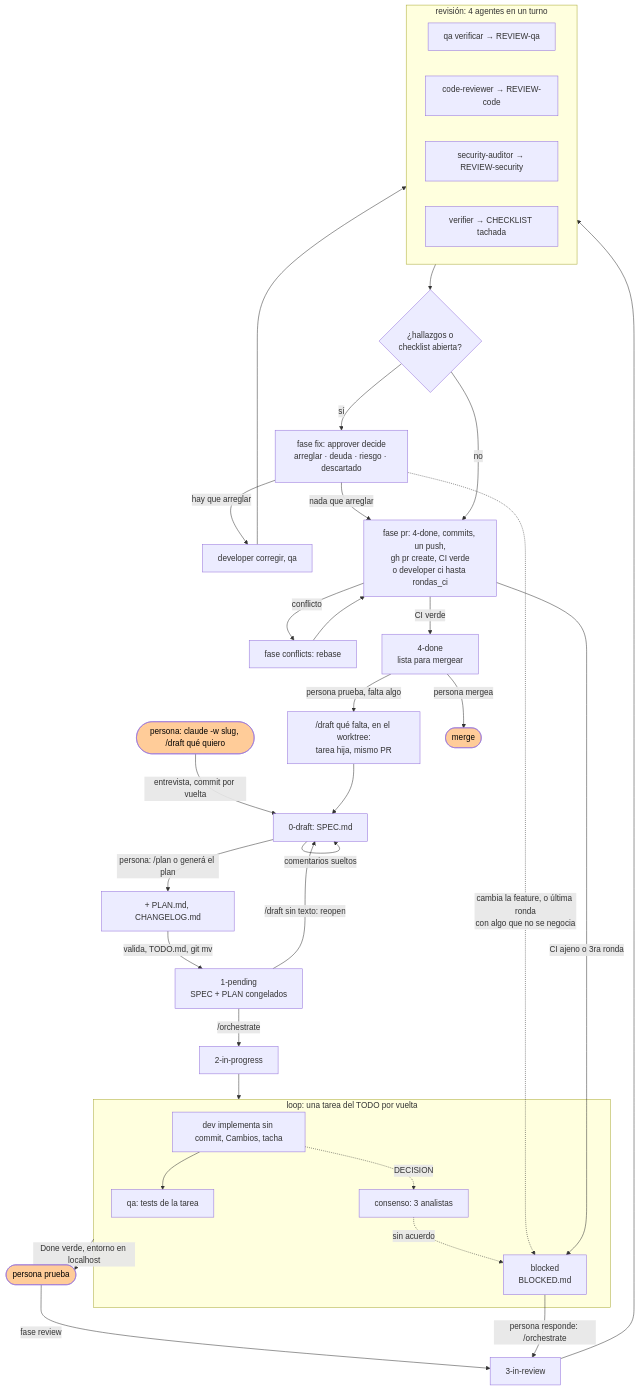
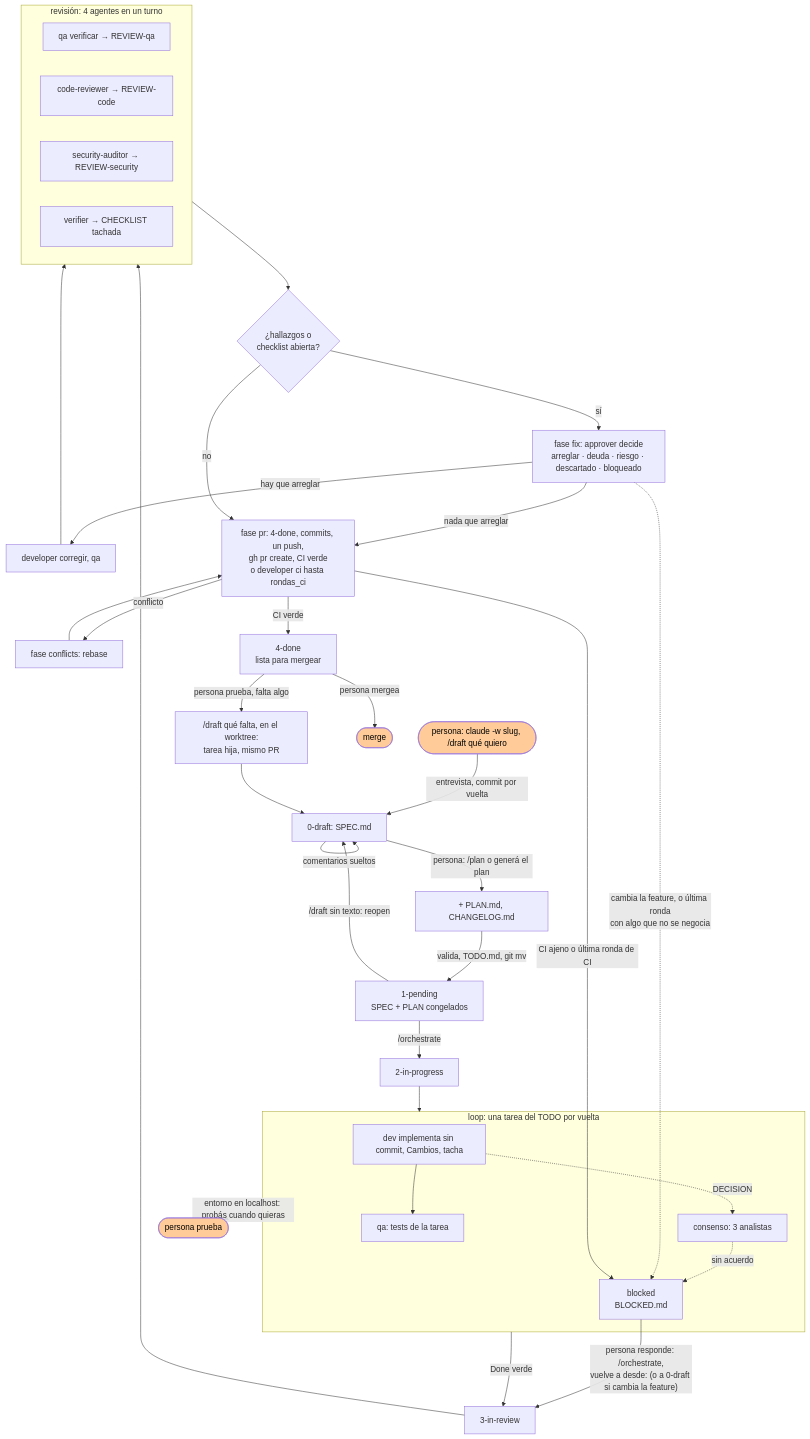
One commit to octavio-parozlabs/mindstack changed the second of 3 diagrams in skills/workflow/SKILL.md. Above: the diagram before and after it, drawn with Mermaid. The commit also changed other lines of this file and 36 other files, not shown here.

````diff
--- a/skills/workflow/SKILL.md
+++ b/skills/workflow/SKILL.md
@@ -89,38 +89,38 @@
 ```mermaid
 flowchart TD
     U0([persona: claude -w slug, /draft qué quiero]) -->|entrevista, commit por vuelta| S0["0-draft: SPEC.md"]
     S0 -->|comentarios sueltos| S0
     S0 -->|persona: /plan o generá el plan| P0["+ PLAN.md, CHANGELOG.md"]
     P0 -->|valida, TODO.md, git mv| S1["1-pending<br/>SPEC + PLAN congelados"]
     S1 -->|/draft sin texto: reopen| S0
     S1 -->|/orchestrate| S2["2-in-progress"]
     subgraph IMPL["loop: una tarea del TODO por vuelta"]
         D[dev implementa sin commit, Cambios, tacha] --> Q[qa: tests de la tarea]
         D -. DECISION .-> C[consenso: 3 analistas]
         C -. sin acuerdo .-> BL
     end
     S2 --> IMPL
-    IMPL -->|Done verde, entorno en localhost| PRUEBA([persona prueba])
-    PRUEBA -->|fase review| S3["3-in-review"]
+    IMPL -->|Done verde| S3["3-in-review"]
+    IMPL -.->|entorno en localhost: probás cuando quieras| PRUEBA([persona prueba])
     subgraph REV["revisión: 4 agentes en un turno"]
         R1[qa verificar → REVIEW-qa]
         R2[code-reviewer → REVIEW-code]
         R3[security-auditor → REVIEW-security]
         R4[verifier → CHECKLIST tachada]
     end
     S3 --> REV --> H{¿hallazgos o\nchecklist abierta?}
-    H -->|sí| AP["fase fix: approver decide<br/>arreglar · deuda · riesgo · descartado"]
+    H -->|sí| AP["fase fix: approver decide<br/>arreglar · deuda · riesgo · descartado · bloqueado"]
     AP -->|hay que arreglar| CO[developer corregir, qa] --> REV
     AP -->|nada que arreglar| PR
     AP -.->|"cambia la feature, o última ronda<br/>con algo que no se negocia"| BL["blocked<br/>BLOCKED.md"]
     H -->|no| PR[fase pr: 4-done, commits, un push,\ngh pr create, CI verde\no developer ci hasta rondas_ci]
     PR -->|conflicto| CF[fase conflicts: rebase] --> PR
-    PR -->|CI ajeno o 3ra ronda| BL
+    PR -->|CI ajeno o última ronda de CI| BL
     PR -->|CI verde| S4["4-done<br/>lista para mergear"]
-    BL -->|persona responde: /orchestrate| S3
+    BL -->|"persona responde: /orchestrate,<br/>vuelve a desde: (o a 0-draft si cambia la feature)"| S3
     S4 -->|persona prueba, falta algo| IT["/draft qué falta, en el worktree:
 tarea hija, mismo PR"] --> S0
     S4 -->|persona mergea| M([merge])
     classDef persona fill:#fc9,color:#000
     class U0,PRUEBA,M persona
 ```
````
